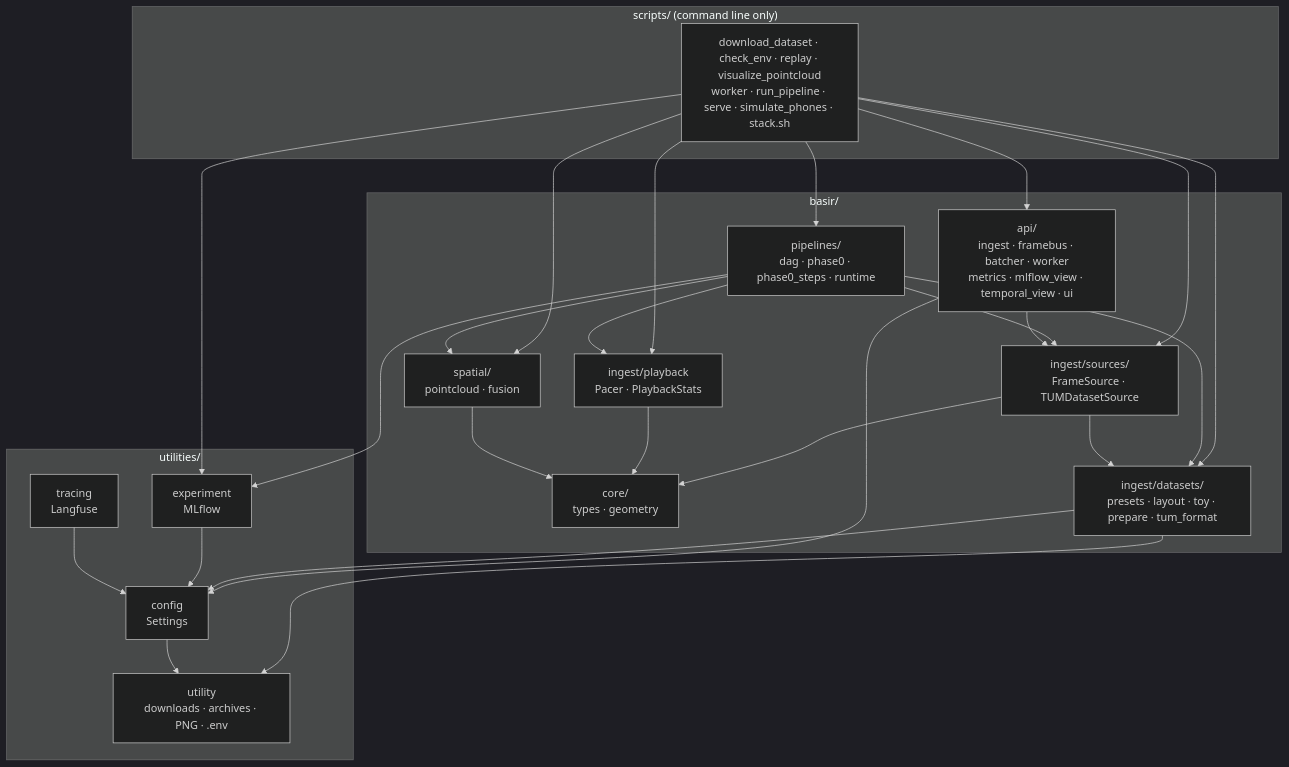
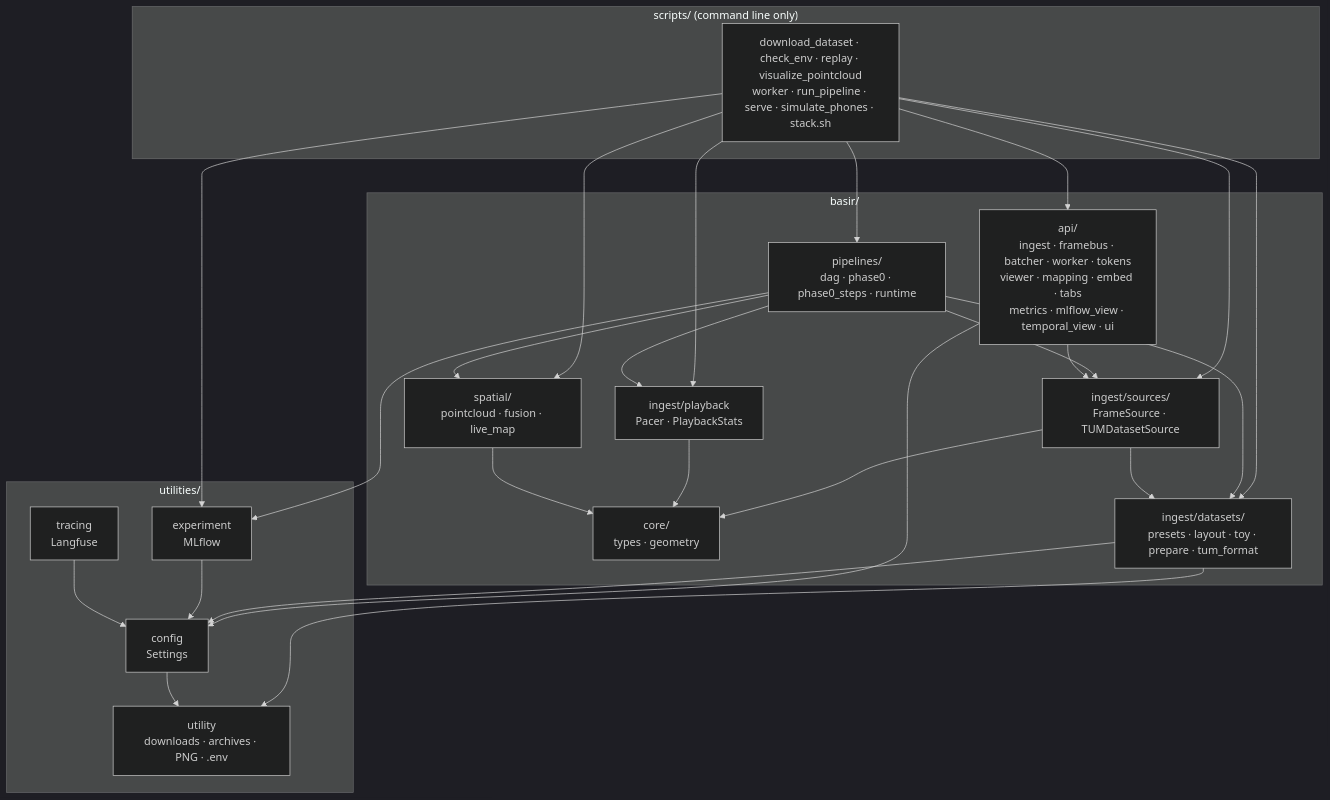
One commit to omarTBakr/Basir changed the diagram in docs/12-architecture.md. Above: the diagram before and after it, drawn with Mermaid (dark theme). The commit also changed other lines of this file and 61 other files, not shown here.

````diff
--- a/docs/12-architecture.md
+++ b/docs/12-architecture.md
@@ -7,31 +7,31 @@
 ```mermaid
 flowchart TB
   subgraph entry["scripts/ (command line only)"]
     scripts["download_dataset · check_env · replay · visualize_pointcloud<br/>worker · run_pipeline · serve · simulate_phones · stack.sh"]
   end
   subgraph domain["basir/"]
     core["core/<br/>types · geometry"]
     datasets["ingest/datasets/<br/>presets · layout · toy · prepare · tum_format"]
     sources["ingest/sources/<br/>FrameSource · TUMDatasetSource"]
     playback["ingest/playback<br/>Pacer · PlaybackStats"]
-    spatial["spatial/<br/>pointcloud · fusion"]
+    spatial["spatial/<br/>pointcloud · fusion · live_map"]
     pipelines["pipelines/<br/>dag · phase0 · phase0_steps · runtime"]
-    api["api/<br/>ingest · framebus · batcher · worker<br/>metrics · mlflow_view · temporal_view · ui"]
+    api["api/<br/>ingest · framebus · batcher · worker · tokens<br/>viewer · mapping · embed · tabs<br/>metrics · mlflow_view · temporal_view · ui"]
   end
   subgraph shared["utilities/"]
     config["config<br/>Settings"]
     exp["experiment<br/>MLflow"]
     trace["tracing<br/>Langfuse"]
     util["utility<br/>downloads · archives · PNG · .env"]
   end
   scripts --> datasets & sources & playback & spatial & pipelines & api & exp
   pipelines --> datasets & sources & playback & spatial & exp
   api --> sources & config
   datasets --> util & config
   sources --> datasets & core
   playback --> core
   spatial --> core
   exp --> config
   trace --> config
   config --> util
 ```
````
